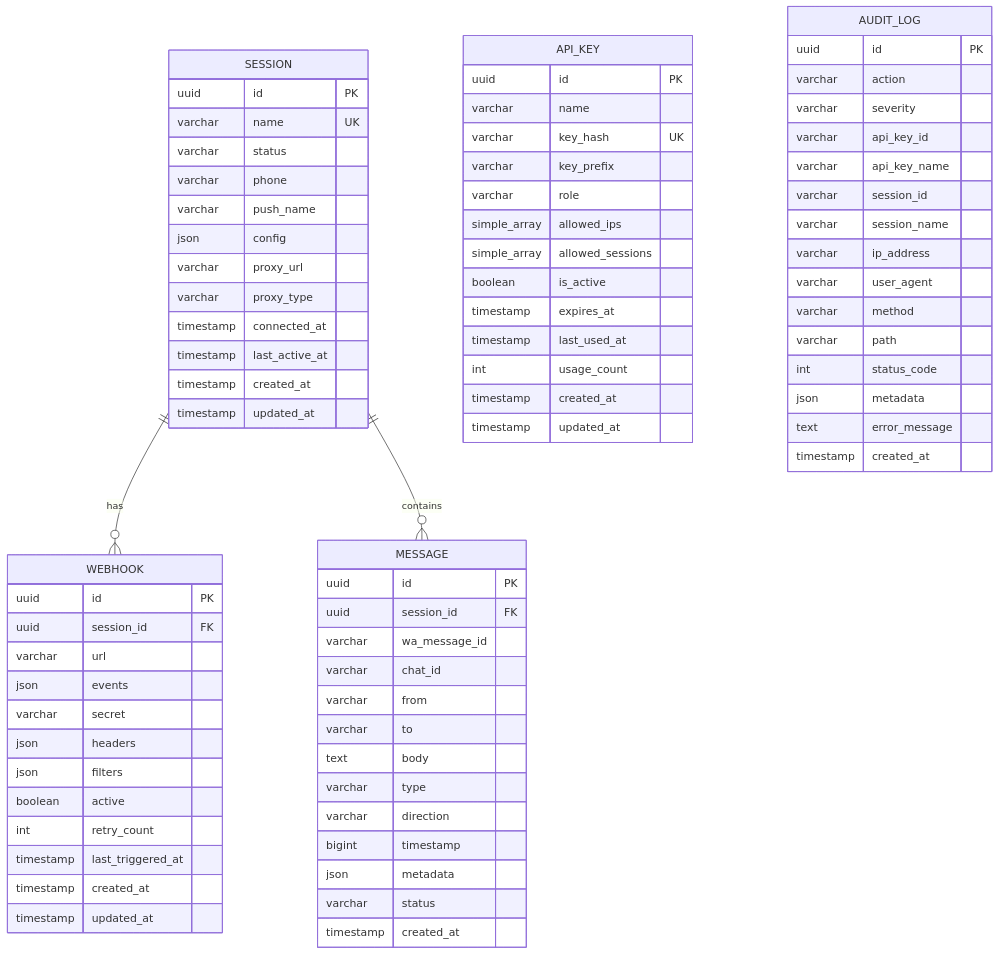
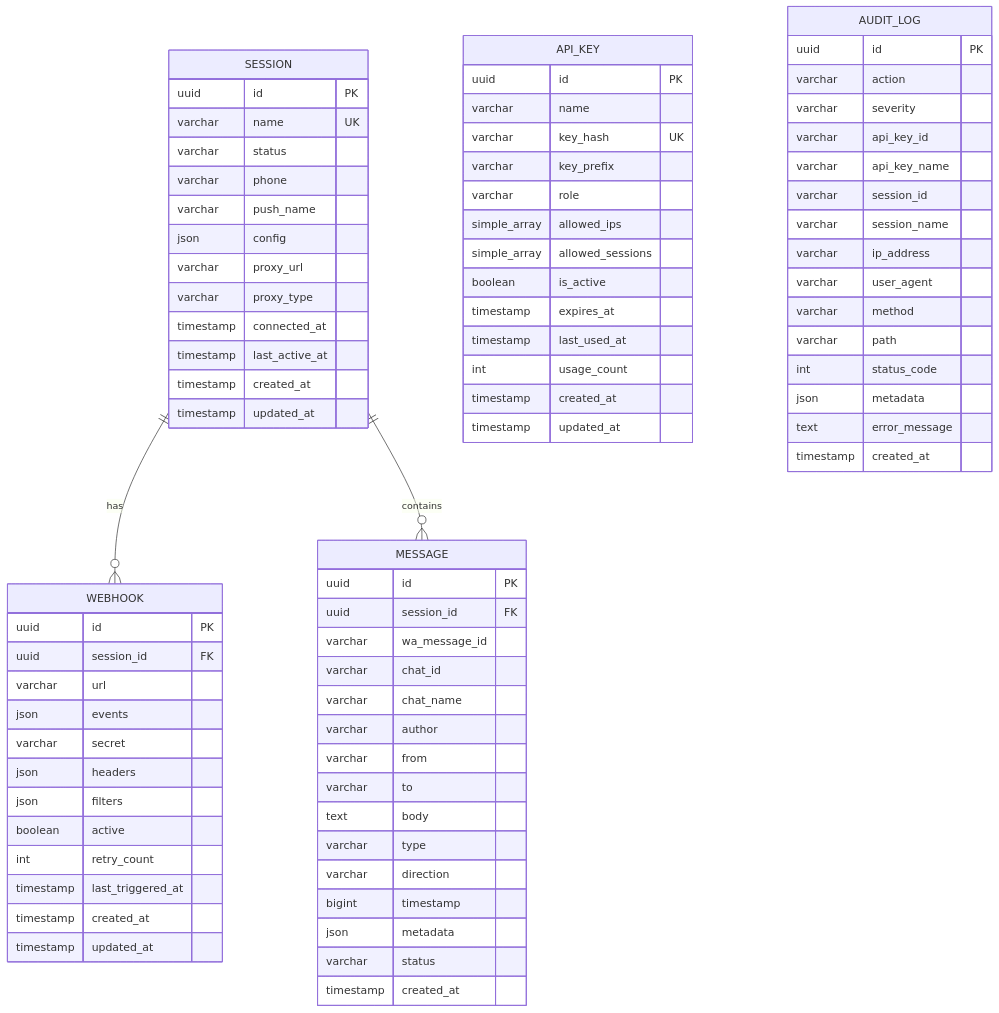
Before and after one commit to nourayman21k/OpenWA: the first of 5 diagrams in docs/05-database-design.md, drawn with Mermaid. The commit also changed other lines of this file and 29 other files, not shown here.

```diff
--- a/docs/05-database-design.md
+++ b/docs/05-database-design.md
@@ -203,6 +207,8 @@
         uuid session_id FK
         varchar wa_message_id
         varchar chat_id
+        varchar chat_name
+        varchar author
         varchar from
         varchar to
         text body
```
